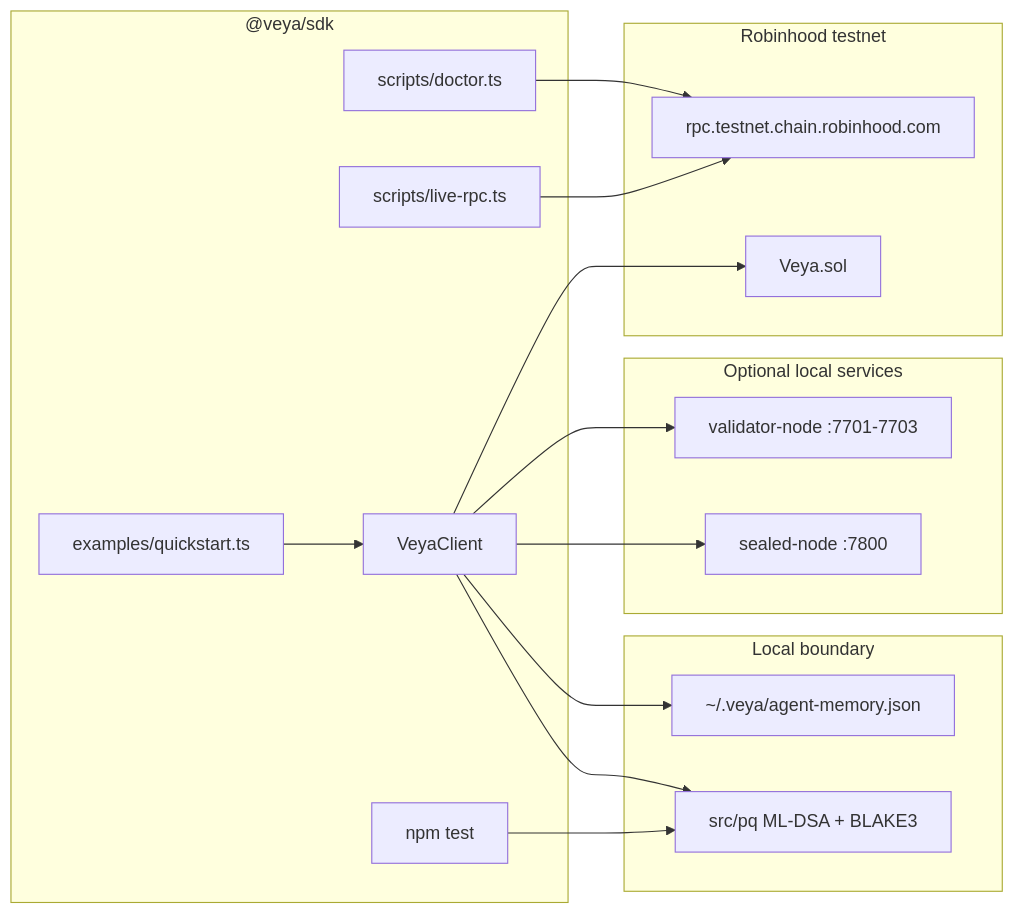
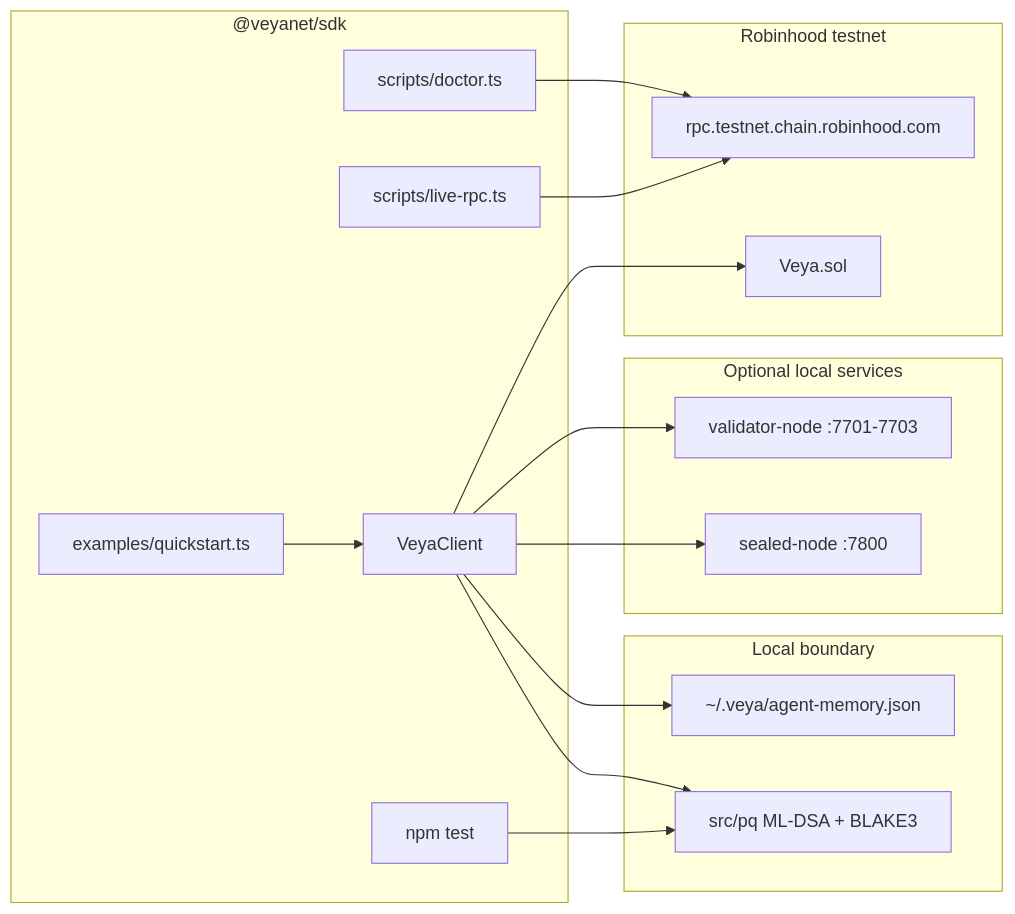
Before and after one commit to veyanet/veya-sdk: the first of 2 diagrams in docs/CLI.md, drawn with Mermaid. The commit also changed other lines of this file and 34 other files, not shown here.

Commit message:
refactor(sdk): update package scope to @veyanet/sdk

````diff
--- a/docs/CLI.md
+++ b/docs/CLI.md
@@ -101,35 +101,35 @@
 ```mermaid
 flowchart LR
-    subgraph Node["@veya/sdk"]
+    subgraph Node["@veyanet/sdk"]
         QS["examples/quickstart.ts"]
         DOC["scripts/doctor.ts"]
         LIVE["scripts/live-rpc.ts"]
         TEST["npm test"]
         APP["VeyaClient"]
     end
 
     subgraph Local["Local boundary"]
         MEM["~/.veya/agent-memory.json"]
         PQ["src/pq ML-DSA + BLAKE3"]
     end
 
     subgraph Remote["Optional local services"]
         Val["validator-node :7701-7703"]
         Seal["sealed-node :7800"]
     end
 
     subgraph Chain["Robinhood testnet"]
         RPC["rpc.testnet.chain.robinhood.com"]
         VEYA["Veya.sol"]
     end
 
     QS --> APP
     DOC --> RPC
     LIVE --> RPC
     APP --> PQ
     APP --> MEM
     APP --> Val
     APP --> Seal
     APP --> VEYA
     TEST --> PQ
 ```
````
